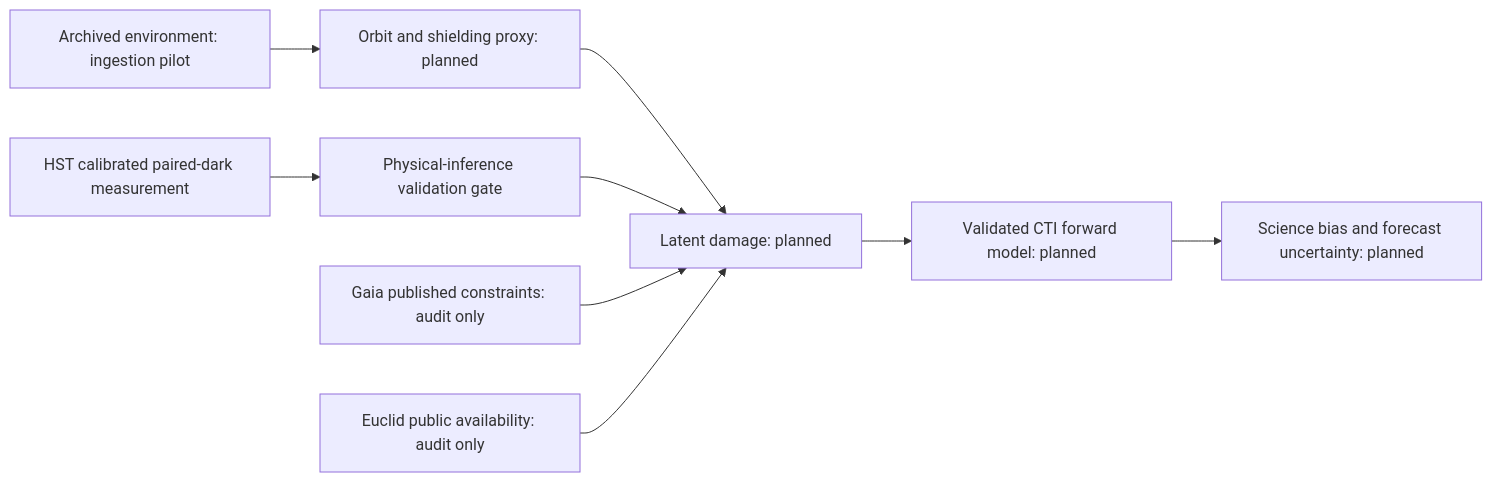
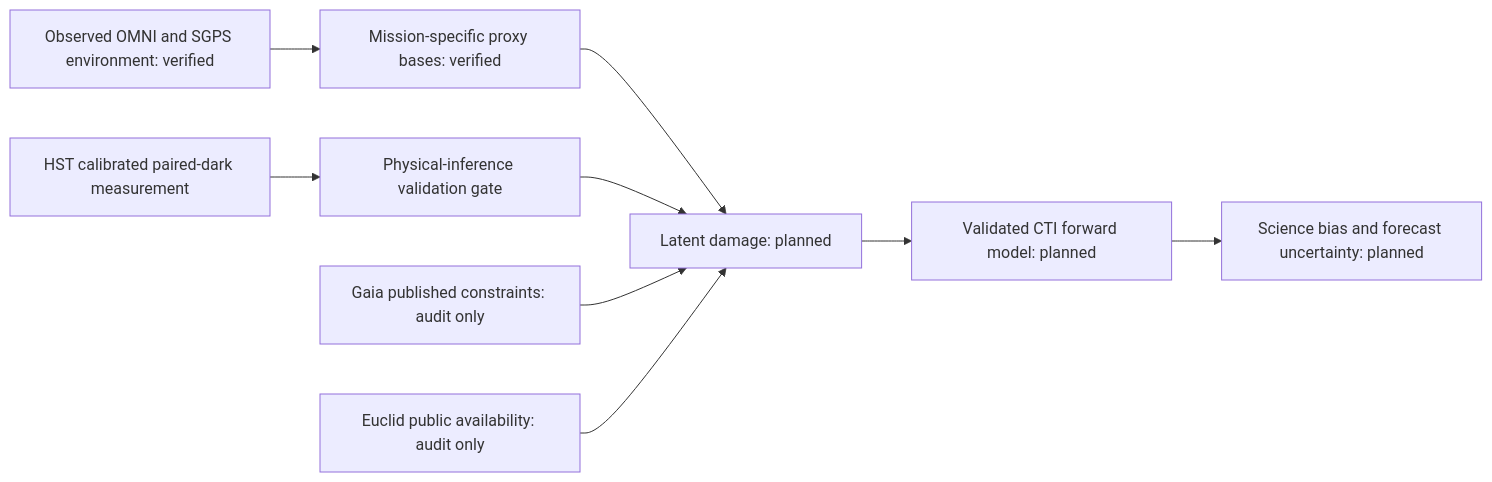
Before and after one commit to Biswajit1999/lattice-radiation-twin: the diagram in README.md, drawn with Mermaid. The commit also changed other lines of this file and 16 other files, not shown here.

Commit message:
science: build verified continuous environment layer

````diff
--- a/README.md
+++ b/README.md
@@ -17,11 +17,11 @@
 ```mermaid
 flowchart LR
-  A[Archived environment: ingestion pilot] --> B[Orbit and shielding proxy: planned]
+  A[Observed OMNI and SGPS environment: verified] --> B[Mission-specific proxy bases: verified]
   B --> C[Latent damage: planned]
   H[HST calibrated paired-dark measurement] --> V[Physical-inference validation gate]
   V --> C
   G[Gaia published constraints: audit only] --> C
   E[Euclid public availability: audit only] --> C
   C --> D[Validated CTI forward model: planned]
   D --> S[Science bias and forecast uncertainty: planned]
 ```
````
